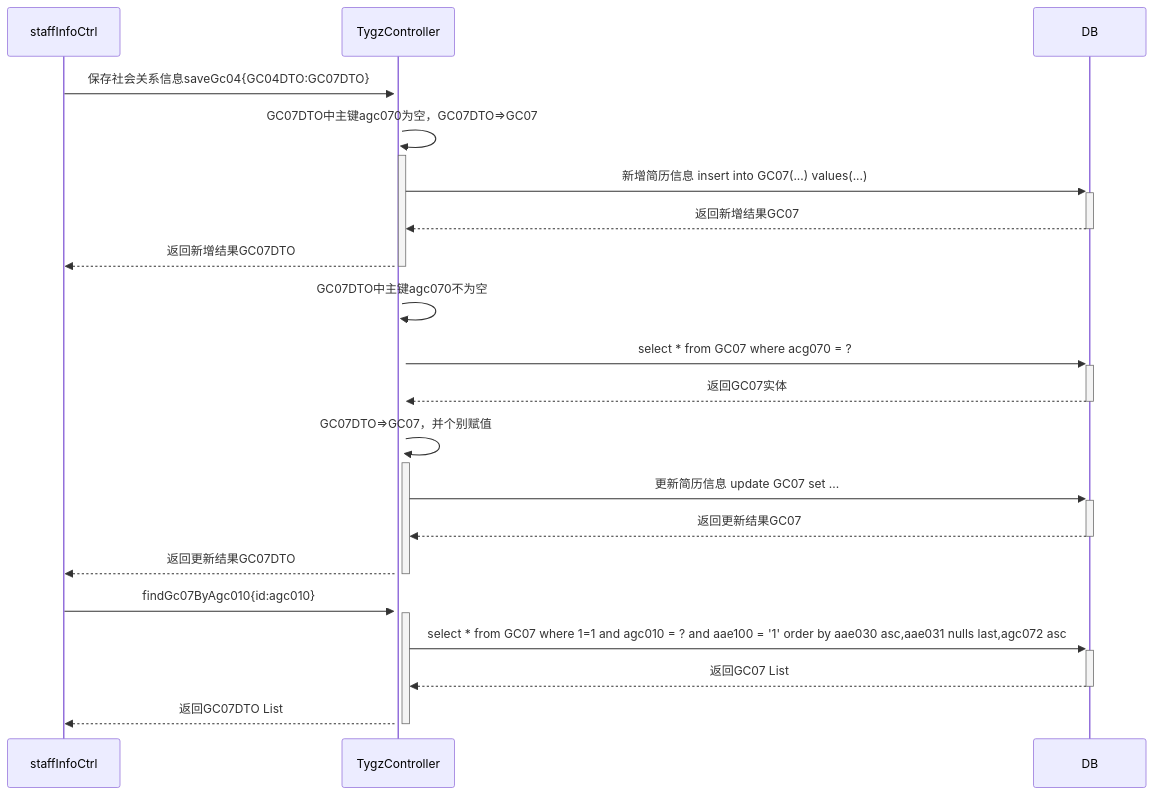
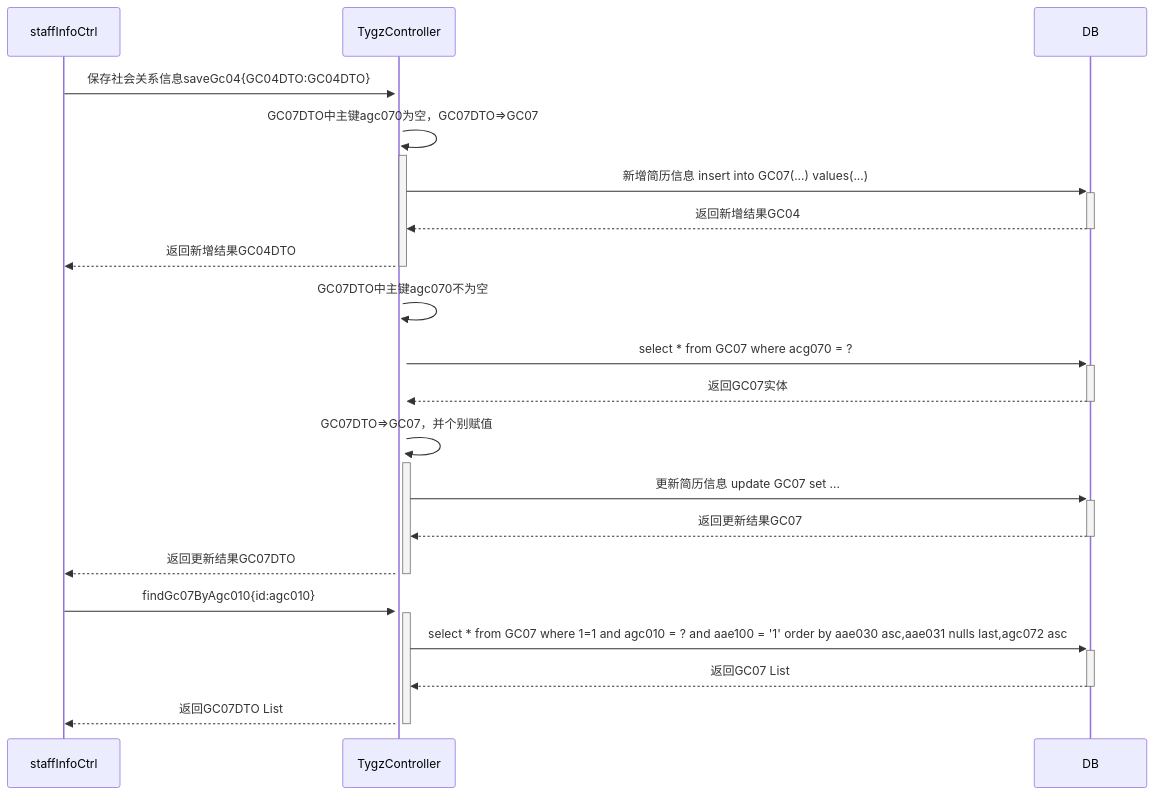
The diagram in all/未命名.md (ZhangJianBeiJing/iodraw-files), drawn with Mermaid before and after one commit.

Commit message:
2025-03-25 17:32:02 update

````diff
--- a/all/未命名.md
+++ b/all/未命名.md
@@ -1,22 +1,22 @@
 ```mermaid
 sequenceDiagram
-    staffInfoCtrl->>+TygzController:保存社会关系信息saveGc04{GC04DTO:GC07DTO}
+    staffInfoCtrl->>+TygzController:保存社会关系信息saveGc04{GC04DTO:GC04DTO}
     TygzController->>+TygzController:GC07DTO中主键agc070为空，GC07DTO=>GC07
     TygzController->>+DB:新增简历信息 insert into GC07(...) values(...)
-    DB-->>-TygzController:返回新增结果GC07
-    TygzController-->>-staffInfoCtrl:返回新增结果GC07DTO
+    DB-->>-TygzController:返回新增结果GC04
+    TygzController-->>-staffInfoCtrl:返回新增结果GC04DTO
     TygzController->>+TygzController:GC07DTO中主键agc070不为空
     TygzController->>+DB:select * from GC07 where acg070 = ?
     DB-->>-TygzController:返回GC07实体
     TygzController->>+TygzController:GC07DTO=>GC07，并个别赋值
     TygzController->>+DB:更新简历信息 update GC07 set ...
     DB-->>-TygzController:返回更新结果GC07
     TygzController-->>-staffInfoCtrl:返回更新结果GC07DTO
 
     staffInfoCtrl->>+TygzController:findGc07ByAgc010{id:agc010}
     TygzController->>+DB:select * from GC07 where 1=1 and agc010 = ? and aae100 = '1' order by aae030 asc,aae031 nulls last,agc072 asc 
     DB-->>-TygzController:返回GC07 List
     TygzController-->>-staffInfoCtrl:返回GC07DTO List
             
             
 ```
````
